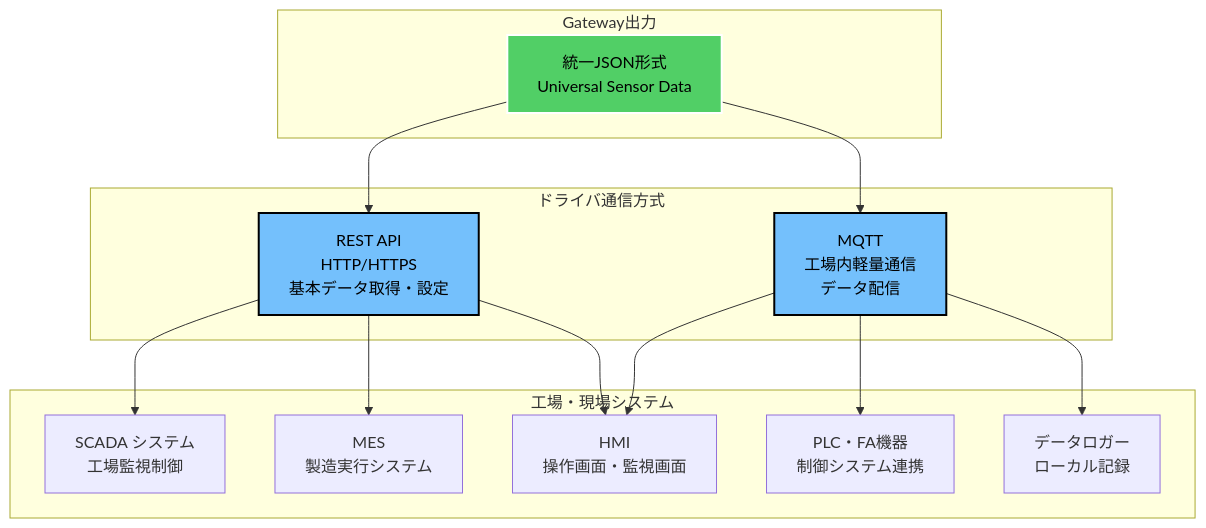
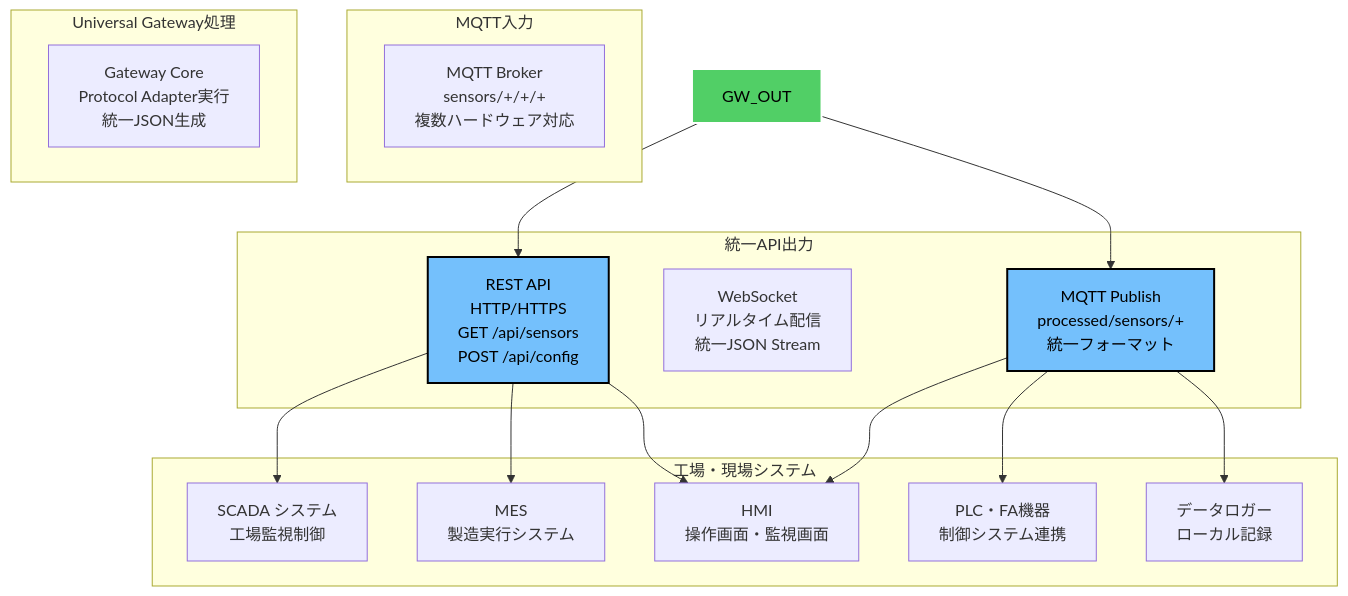
Before and after one commit to w-pinkietech/iot4-copy: the seventh of 15 diagrams in docs/new-system/architecture/system-overview-diagrams.md, drawn with Mermaid. The commit also changed other lines of this file, not shown here.

First line of the commit message:
docs: Redesign architecture to clean 2-layer MQTT-based system

````diff
--- a/docs/new-system/architecture/system-overview-diagrams.md
+++ b/docs/new-system/architecture/system-overview-diagrams.md
@@ -342,34 +378,39 @@
 ```mermaid
 graph TB
-    subgraph "Gateway出力"
-        GW_OUT[統一JSON形式<br/>Universal Sensor Data]
+    subgraph "MQTT入力"
+        MQTT_IN[MQTT Broker<br/>sensors/+/+/+<br/>複数ハードウェア対応]
     end
     
-    subgraph "ドライバ通信方式"
-        REST[REST API<br/>HTTP/HTTPS<br/>基本データ取得・設定]
-        MQTT_OUT[MQTT<br/>工場内軽量通信<br/>データ配信]
+    subgraph "Universal Gateway処理"
+        GATEWAY[Gateway Core<br/>Protocol Adapter実行<br/>統一JSON生成]
+    end
+    
+    subgraph "統一API出力"
+        REST[REST API<br/>HTTP/HTTPS<br/>GET /api/sensors<br/>POST /api/config]
+        WS[WebSocket<br/>リアルタイム配信<br/>統一JSON Stream]
+        MQTT_OUT[MQTT Publish<br/>processed/sensors/+<br/>統一フォーマット]
     end
     
     subgraph "工場・現場システム"
         SCADA[SCADA システム<br/>工場監視制御]
         MES[MES<br/>製造実行システム]
         HMI[HMI<br/>操作画面・監視画面]
         PLC[PLC・FA機器<br/>制御システム連携]
         LOGGER[データロガー<br/>ローカル記録]
     end
     
     GW_OUT --> REST
     GW_OUT --> MQTT_OUT
     
     REST --> SCADA
     REST --> MES
     REST --> HMI
     
     MQTT_OUT --> PLC
     MQTT_OUT --> LOGGER
     MQTT_OUT --> HMI
     
     style GW_OUT fill:#51cf66,stroke:#fff,stroke-width:2px,color:#000
     style REST fill:#74c0fc,stroke:#000,stroke-width:2px,color:#000
     style MQTT_OUT fill:#74c0fc,stroke:#000,stroke-width:2px,color:#000
 ```
````
